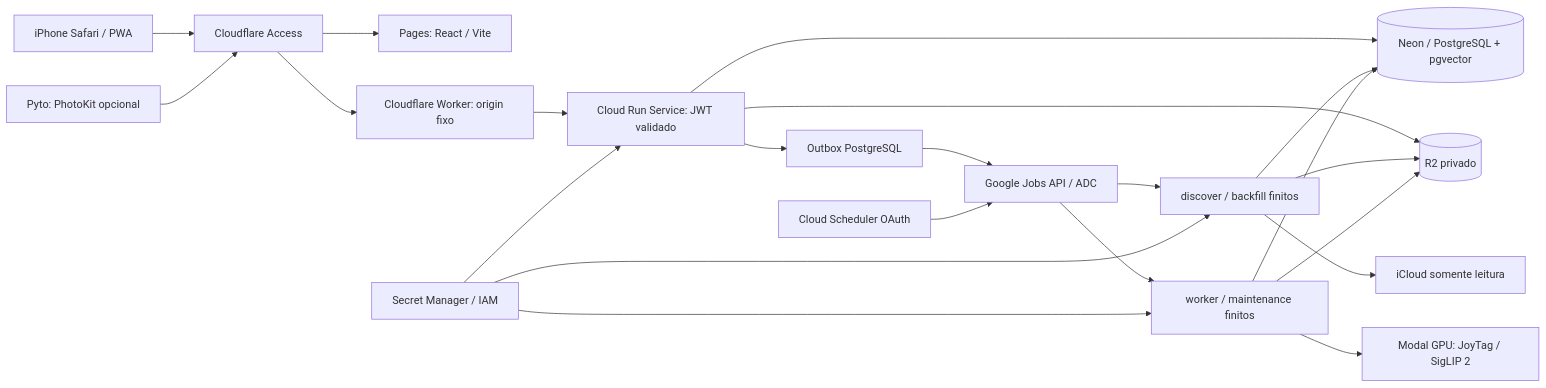
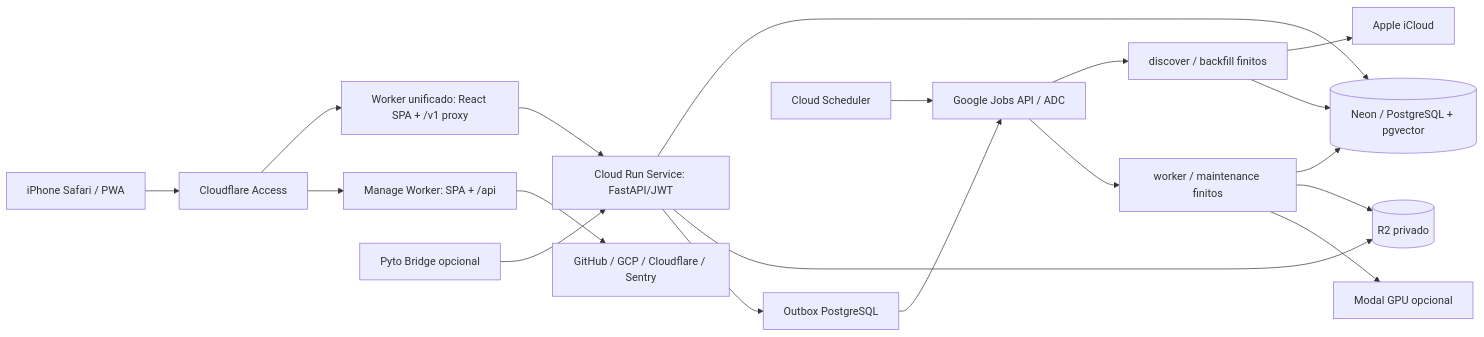
Before and after one commit to rodkisten/photointel: the diagram in ARCHITECTURE.md, drawn with Mermaid. The commit also changed 3 other files, not shown here.

Commit message:
docs: correct outdated Pages topology, Neon release gate and GitHub workflow inventory

````diff
--- a/ARCHITECTURE.md
+++ b/ARCHITECTURE.md
@@ -16,24 +16,21 @@
 ```mermaid
 flowchart LR
-    Phone[iPhone Safari / PWA] --> Access[Cloudflare Access]
-    Access --> Pages[Pages: React / Vite]
-    Access --> Edge[Cloudflare Worker: origin fixo]
-    Edge --> API[Cloud Run Service: JWT validado]
-    API --> PG[(Neon / PostgreSQL + pgvector)]
-    API --> R2[(R2 privado)]
-    API --> Outbox[Outbox PostgreSQL]
-    Outbox --> JobsAPI[Google Jobs API / ADC]
-    Scheduler[Cloud Scheduler OAuth] --> JobsAPI
-    JobsAPI --> Discover[discover / backfill finitos]
-    JobsAPI --> Worker[worker / maintenance finitos]
+    Phone["iPhone Safari / PWA"] --> Access["Cloudflare Access"]
+    Access --> Web["Worker unificado: React SPA + /v1 proxy"]
+    Access --> Manage["Manage Worker: SPA + /api"]
+    Web --> API["Cloud Run Service: FastAPI/JWT"]
+    API --> PG[("Neon / PostgreSQL + pgvector")]
+    API --> R2[("R2 privado")]
+    API --> Outbox["Outbox PostgreSQL"]
+    Outbox --> JobsAPI["Google Jobs API / ADC"]
+    Scheduler["Cloud Scheduler"] --> JobsAPI
+    JobsAPI --> Discover["discover / backfill finitos"]
+    JobsAPI --> Worker["worker / maintenance finitos"]
+    Discover --> Apple["Apple iCloud"]
     Discover --> PG
-    Discover --> Apple[iCloud somente leitura]
-    Discover --> R2
     Worker --> PG
     Worker --> R2
-    Worker --> Modal[Modal GPU: JoyTag / SigLIP 2]
-    Secrets[Secret Manager / IAM] --> API
-    Secrets --> Discover
-    Secrets --> Worker
-    Bridge[Pyto: PhotoKit opcional] --> Access
+    Worker --> Modal["Modal GPU opcional"]
+    Manage --> Providers["GitHub / GCP / Cloudflare / Sentry"]
+    Bridge["Pyto Bridge opcional"] --> API
 ```
````
